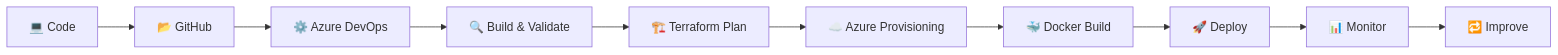
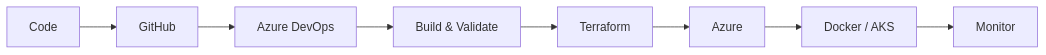
The diagram in README.md (Pjaisw1103/Pjaisw1103), drawn with Mermaid before and after one commit. The commit also changed other lines of this file, not shown here.

````diff
--- a/README.md
+++ b/README.md
@@ -92,12 +74,10 @@
 ```mermaid
 flowchart LR
-    A["💻 Code"] --> B["📂 GitHub"]
-    B --> C["⚙️ Azure DevOps"]
-    C --> D["🔍 Build & Validate"]
-    D --> E["🏗️ Terraform Plan"]
-    E --> F["☁️ Azure Provisioning"]
-    F --> G["🐳 Docker Build"]
-    G --> H["🚀 Deploy"]
-    H --> I["📊 Monitor"]
-    I --> J["🔁 Improve"]
+    A["Code"] --> B["GitHub"]
+    B --> C["Azure DevOps"]
+    C --> D["Build & Validate"]
+    D --> E["Terraform"]
+    E --> F["Azure"]
+    F --> G["Docker / AKS"]
+    G --> H["Monitor"]
 ```
````
